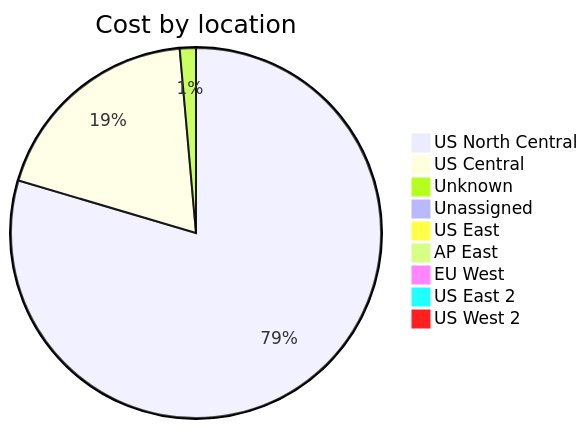
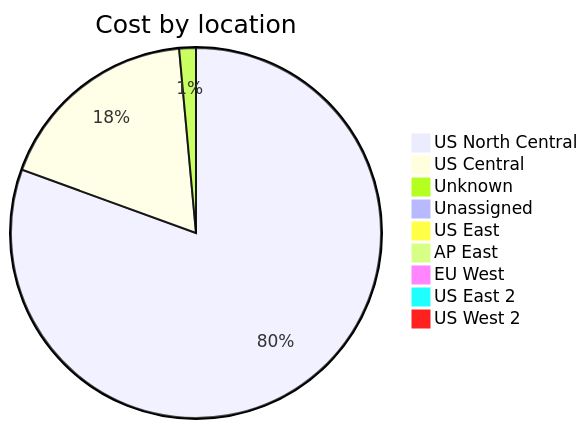
The third of 4 diagrams in cost-reports/accumulated-cost.md (jpfulton/azure-personal-reports), drawn with Mermaid before and after one commit. The commit also changed other lines of this file and 4 other files, not shown here.

````diff
--- a/cost-reports/accumulated-cost.md
+++ b/cost-reports/accumulated-cost.md
@@ -125,13 +127,13 @@
 ```mermaid
 pie
    title Cost by location
-   "US North Central" : 1.13
-   "US Central" : 0.27
-   "Unknown" : 0.02
-   "Unassigned" : 0.01
-   "US East" : 0.00
+   "US North Central" : 4.97
+   "US Central" : 1.11
+   "Unknown" : 0.09
+   "Unassigned" : 0.05
+   "US East" : 0.02
    "AP East" : 0.00
    "EU West" : 0.00
    "US East 2" : 0.00
    "US West 2" : 0.00
 ```
````
